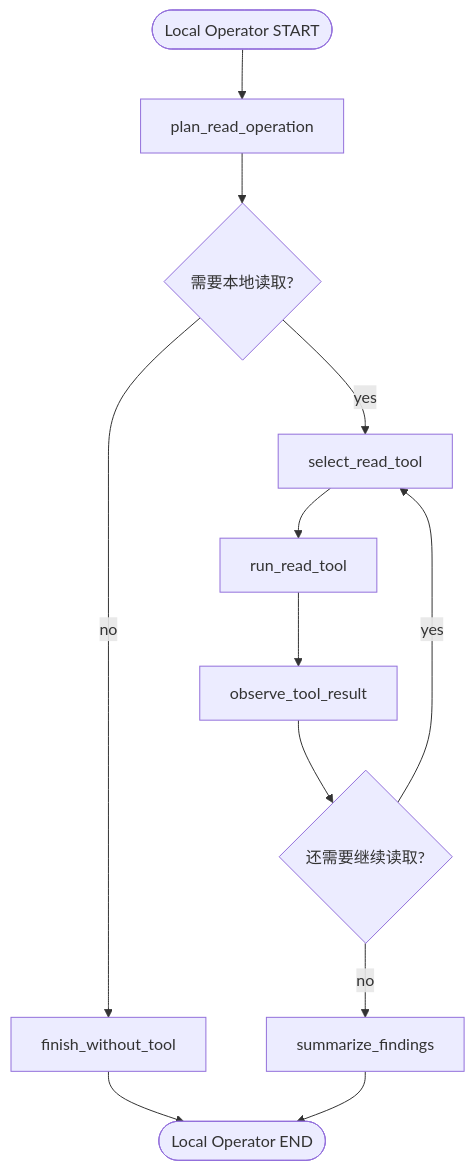
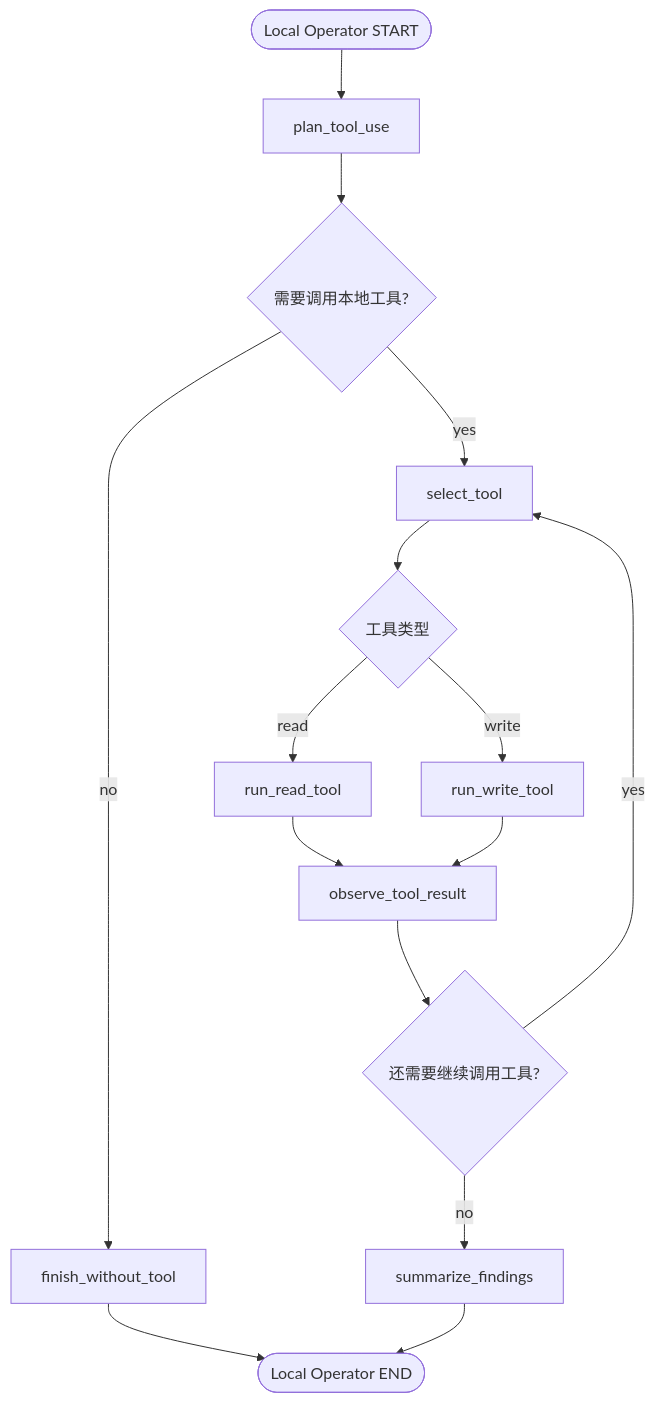
The third of 6 diagrams in docs/agent/memory-chat-graph.md (LiuJiaxuan1024/AiMemo), drawn with Mermaid before and after one commit. The commit also changed other lines of this file and 59 other files, not shown here.

````diff
--- a/docs/agent/memory-chat-graph.md
+++ b/docs/agent/memory-chat-graph.md
@@ -400,14 +400,17 @@
 ```mermaid
 flowchart TD
-    LocalStart([Local Operator START]) --> Plan[plan_read_operation]
-    Plan --> NeedRead{需要本地读取?}
-    NeedRead -->|no| Finish[finish_without_tool]
-    NeedRead -->|yes| Select[select_read_tool]
-    Select --> Run[run_read_tool]
-    Run --> Observe[observe_tool_result]
-    Observe --> More{还需要继续读取?}
+    LocalStart([Local Operator START]) --> Plan[plan_tool_use]
+    Plan --> NeedTool{需要调用本地工具?}
+    NeedTool -->|no| Finish[finish_without_tool]
+    NeedTool -->|yes| Select[select_tool]
+    Select --> ToolType{工具类型}
+    ToolType -->|read| RunRead[run_read_tool]
+    ToolType -->|write| RunWrite[run_write_tool]
+    RunRead --> Observe[observe_tool_result]
+    RunWrite --> Observe
+    Observe --> More{还需要继续调用工具?}
     More -->|yes| Select
     More -->|no| Summarize[summarize_findings]
     Finish --> LocalEnd([Local Operator END])
     Summarize --> LocalEnd
 ```
````
